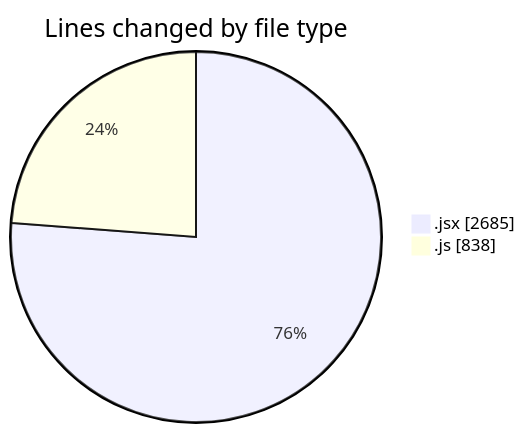
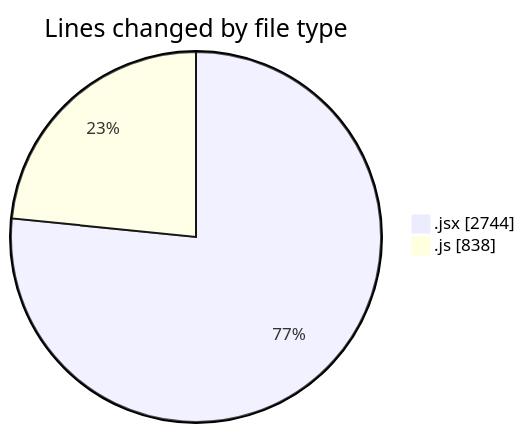
Before and after one commit to nxtqubesakshisongat/code-tracking: the first of 2 diagrams in 2025-09-22/nxtqube_webapp/README.md, drawn with Mermaid. The commit also changed other lines of this file and 1 other file, not shown here.

````diff
--- a/2025-09-22/nxtqube_webapp/README.md
+++ b/2025-09-22/nxtqube_webapp/README.md
@@ -22,6 +22,6 @@
 ```mermaid
 pie showData
 title Lines changed by file type
-".jsx" : 2685
+".jsx" : 2744
 ".js" : 838
 ```
````
